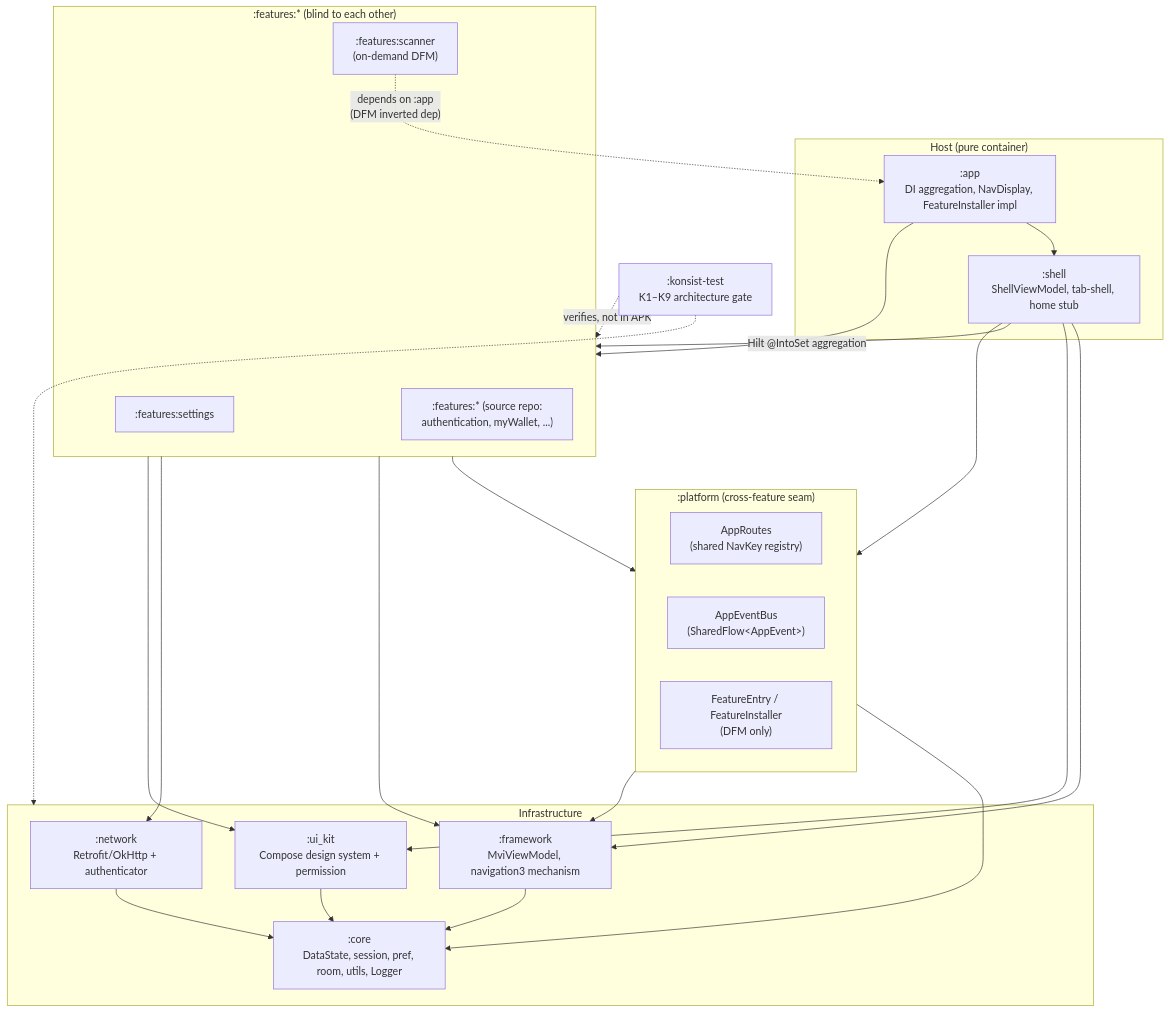
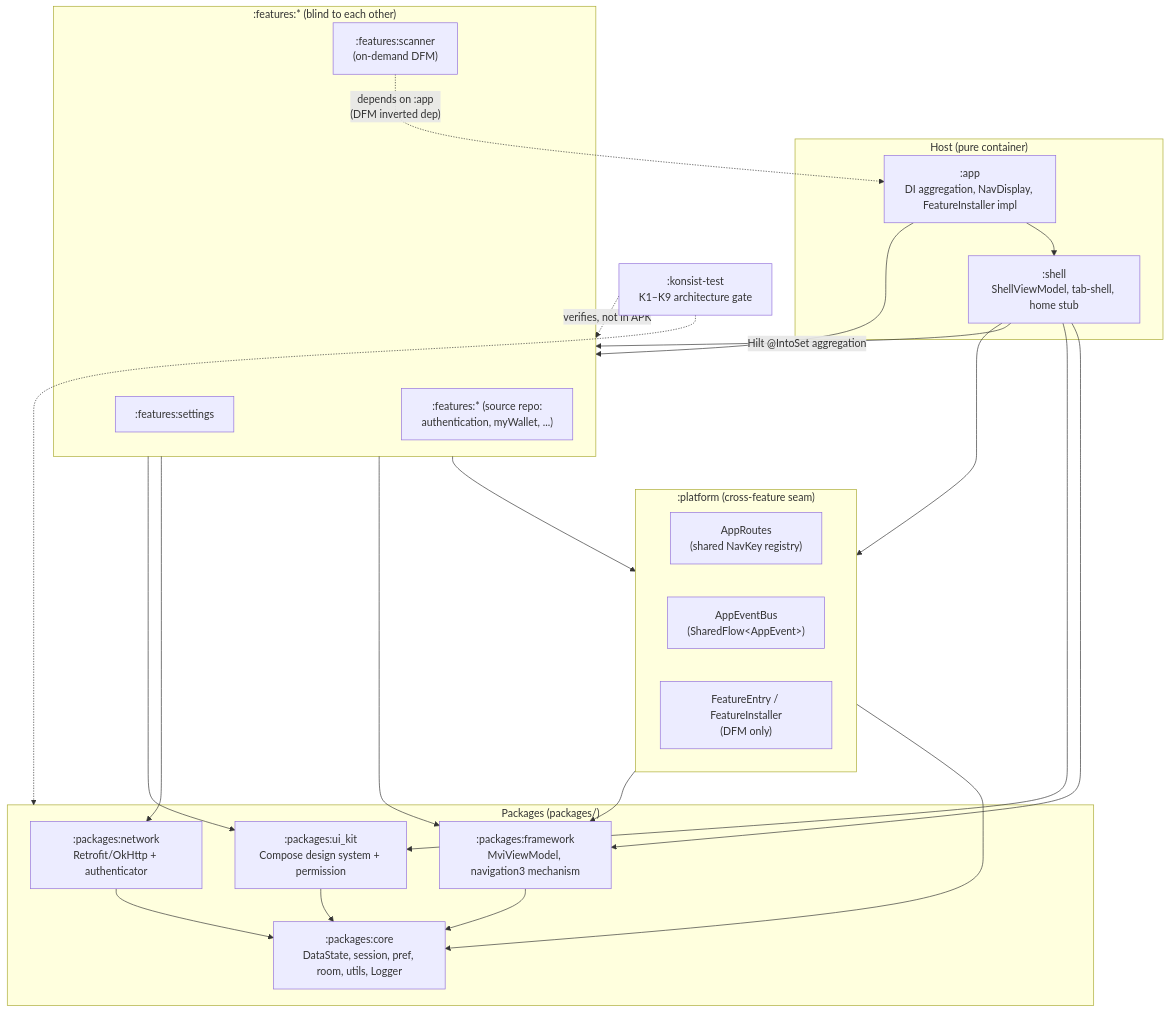
Before and after one commit to DanhDue/android_digital_wallet: the first of 3 diagrams in .devtool/epic/android_super_app_template/android_super_app_template.en.md, drawn with Mermaid. The commit also changed other lines of this file and 188 other files, not shown here.

First line of the commit message:
[ANDROID_SUPER_APP_TEMPLATE] Rename infra directory to packages

````diff
--- a/.devtool/epic/android_super_app_template/android_super_app_template.en.md
+++ b/.devtool/epic/android_super_app_template/android_super_app_template.en.md
@@ -59,49 +59,49 @@
 ```mermaid
 graph TD
     subgraph Host["Host (pure container)"]
         APP[":app<br/>DI aggregation, NavDisplay, FeatureInstaller impl"]
         SHELL[":shell<br/>ShellViewModel, tab-shell, home stub"]
     end
 
     subgraph Platform[":platform (cross-feature seam)"]
         ROUTES["AppRoutes<br/>(shared NavKey registry)"]
         BUS["AppEventBus<br/>(SharedFlow&lt;AppEvent&gt;)"]
         FE["FeatureEntry / FeatureInstaller<br/>(DFM only)"]
     end
 
     subgraph Features[":features:* (blind to each other)"]
         F_SET[":features:settings"]
         F_SCAN[":features:scanner<br/>(on-demand DFM)"]
         F_BIZ[":features:* (source repo:<br/>authentication, myWallet, ...)"]
     end
 
-    subgraph Infra["Infrastructure"]
-        FRAMEWORK[":framework<br/>MviViewModel, navigation3 mechanism"]
-        NETWORK[":network<br/>Retrofit/OkHttp + authenticator"]
-        UIKIT[":ui_kit<br/>Compose design system + permission"]
-        CORE[":core<br/>DataState, session, pref, room, utils, Logger"]
+    subgraph Packages["Packages (packages/)"]
+        FRAMEWORK[":packages:framework<br/>MviViewModel, navigation3 mechanism"]
+        NETWORK[":packages:network<br/>Retrofit/OkHttp + authenticator"]
+        UIKIT[":packages:ui_kit<br/>Compose design system + permission"]
+        CORE[":packages:core<br/>DataState, session, pref, room, utils, Logger"]
     end
 
     APP --> SHELL
     APP -->|Hilt @IntoSet aggregation| Features
     SHELL --> Features
     SHELL --> Platform
     SHELL --> FRAMEWORK
     SHELL --> UIKIT
 
     Features --> Platform
     Features --> FRAMEWORK
     Features --> NETWORK
     Features --> UIKIT
 
     F_SCAN -.->|"depends on :app<br/>(DFM inverted dep)"| APP
 
     Platform --> CORE
     Platform --> FRAMEWORK
     FRAMEWORK --> CORE
     NETWORK --> CORE
     UIKIT --> CORE
 
     KONSIST[":konsist-test<br/>K1–K9 architecture gate"] -.->|verifies, not in APK| Features
-    KONSIST -.-> Infra
+    KONSIST -.-> Packages
 ```
````
